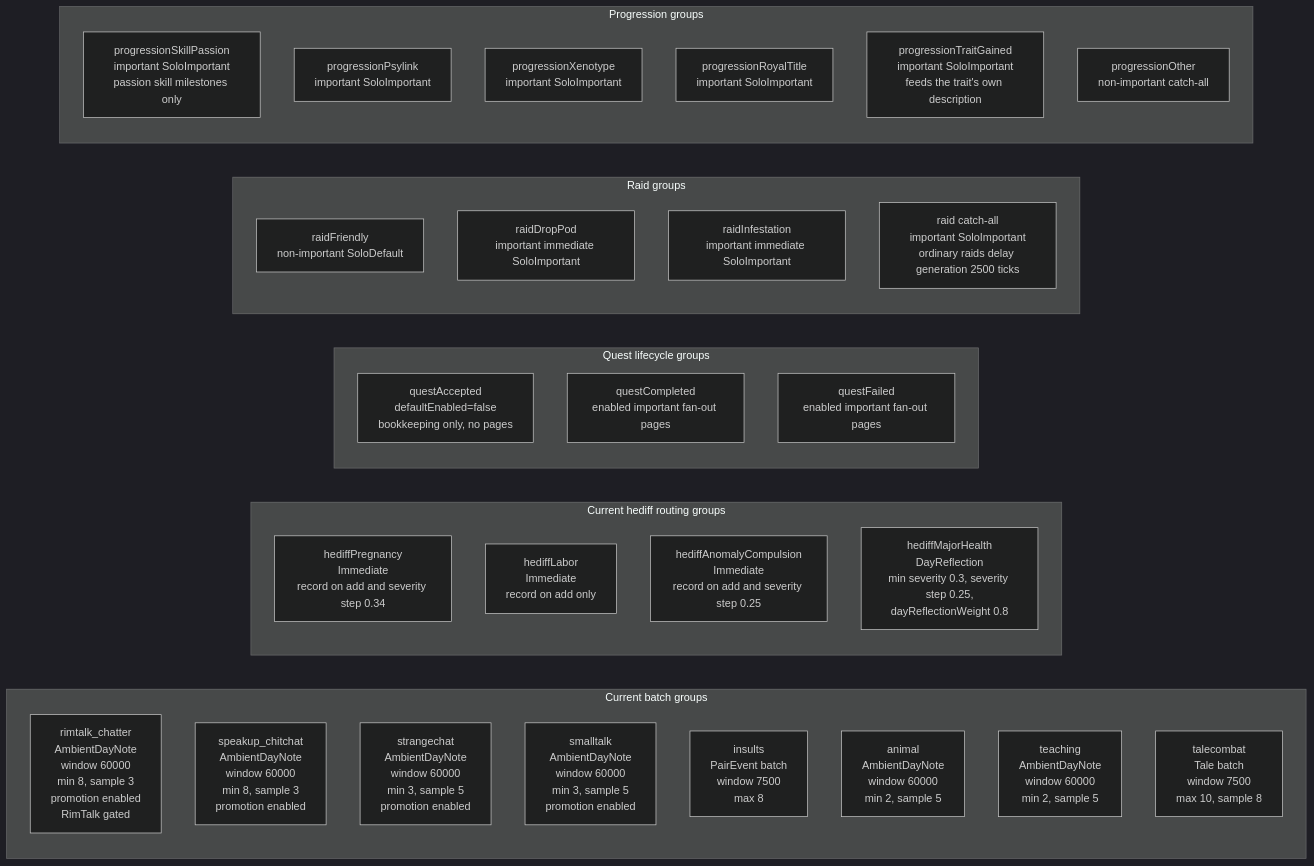
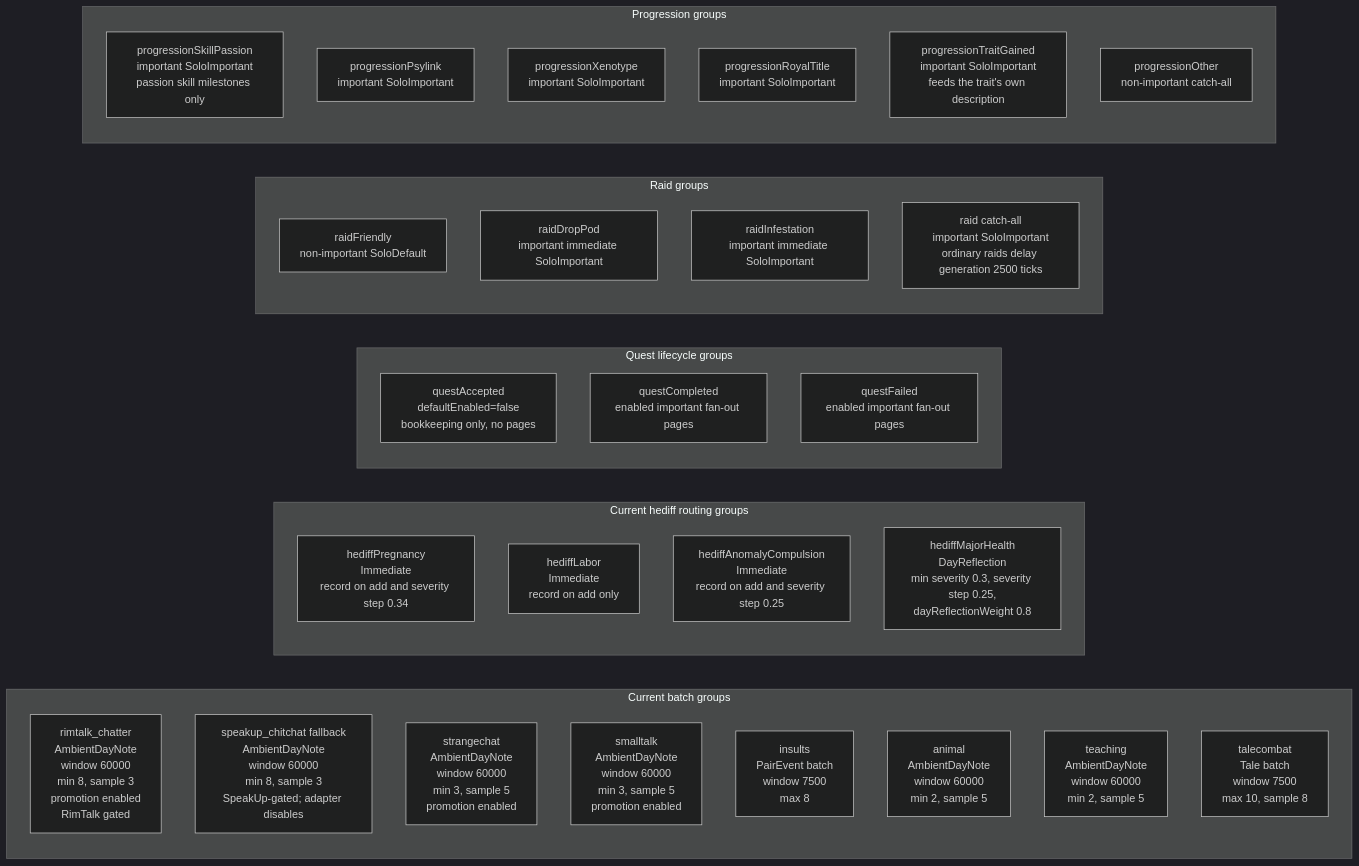
One commit to aimmlegate/PawnDiary changed the fourth of 6 diagrams in EVENT_PROMPT_MAP.md. Above: the diagram before and after it, drawn with Mermaid (dark theme). The commit also changed other lines of this file and 81 other files, not shown here.

````diff
--- a/EVENT_PROMPT_MAP.md
+++ b/EVENT_PROMPT_MAP.md
@@ -288,42 +288,42 @@
 ```mermaid
 flowchart LR
     subgraph Batches["Current batch groups"]
         BG0["rimtalk_chatter<br/>AmbientDayNote<br/>window 60000<br/>min 8, sample 3<br/>promotion enabled<br/>RimTalk gated"]
-        BG1["speakup_chitchat<br/>AmbientDayNote<br/>window 60000<br/>min 8, sample 3<br/>promotion enabled"]
+        BG1["speakup_chitchat fallback<br/>AmbientDayNote<br/>window 60000<br/>min 8, sample 3<br/>SpeakUp-gated; adapter disables"]
         BG2["strangechat<br/>AmbientDayNote<br/>window 60000<br/>min 3, sample 5<br/>promotion enabled"]
         BG3["smalltalk<br/>AmbientDayNote<br/>window 60000<br/>min 3, sample 5<br/>promotion enabled"]
         BG4["insults<br/>PairEvent batch<br/>window 7500<br/>max 8"]
         BG5["animal<br/>AmbientDayNote<br/>window 60000<br/>min 2, sample 5"]
         BG6["teaching<br/>AmbientDayNote<br/>window 60000<br/>min 2, sample 5"]
         BG7["talecombat<br/>Tale batch<br/>window 7500<br/>max 10, sample 8"]
     end
 
     subgraph HediffGroups["Current hediff routing groups"]
         HG1["hediffPregnancy<br/>Immediate<br/>record on add and severity step 0.34"]
         HG2["hediffLabor<br/>Immediate<br/>record on add only"]
         HG3["hediffAnomalyCompulsion<br/>Immediate<br/>record on add and severity step 0.25"]
         HG4["hediffMajorHealth<br/>DayReflection<br/>min severity 0.3, severity step 0.25,<br/>dayReflectionWeight 0.8"]
     end
 
     subgraph QuestGroups["Quest lifecycle groups"]
         Q1["questAccepted<br/>defaultEnabled=false<br/>bookkeeping only, no pages"]
         Q2["questCompleted<br/>enabled important fan-out pages"]
         Q3["questFailed<br/>enabled important fan-out pages"]
     end
 
     subgraph RaidGroups["Raid groups"]
         R1["raidFriendly<br/>non-important SoloDefault"]
         R2["raidDropPod<br/>important immediate SoloImportant"]
         R3["raidInfestation<br/>important immediate SoloImportant"]
         R4["raid catch-all<br/>important SoloImportant<br/>ordinary raids delay generation 2500 ticks"]
     end
 
     subgraph ProgressionGroups["Progression groups"]
         P1["progressionSkillPassion<br/>important SoloImportant<br/>passion skill milestones only"]
         P2["progressionPsylink<br/>important SoloImportant"]
         P3["progressionXenotype<br/>important SoloImportant"]
         P4["progressionRoyalTitle<br/>important SoloImportant"]
         P5["progressionTraitGained<br/>important SoloImportant<br/>feeds the trait's own description"]
         P6["progressionOther<br/>non-important catch-all"]
     end
 ```
````
